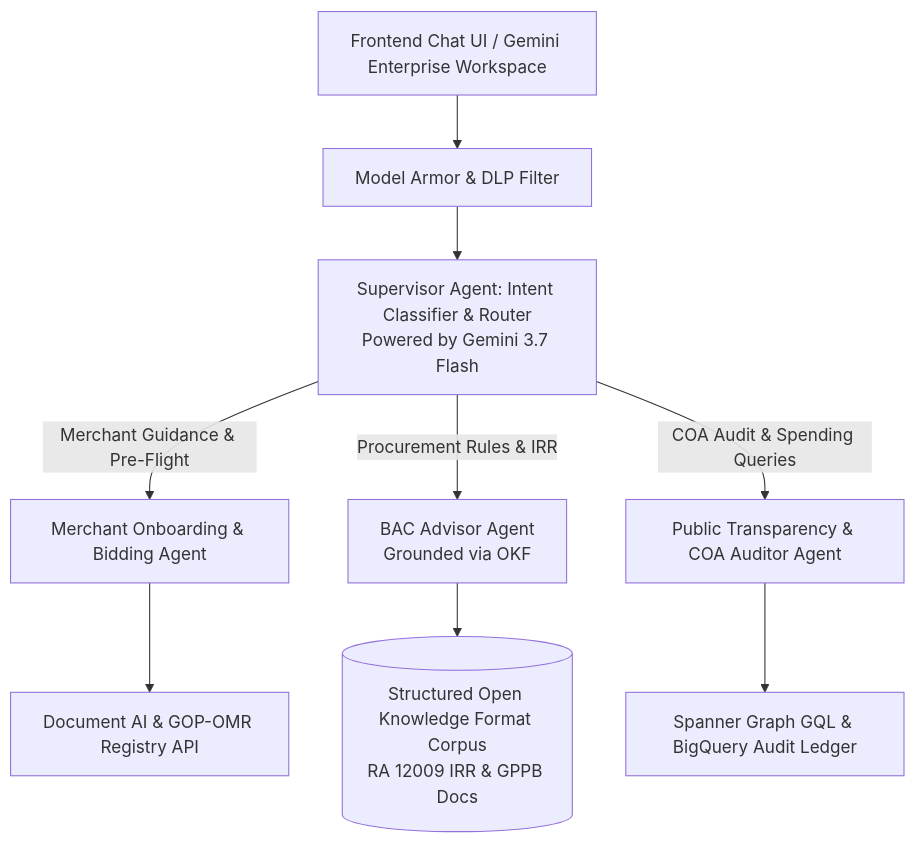
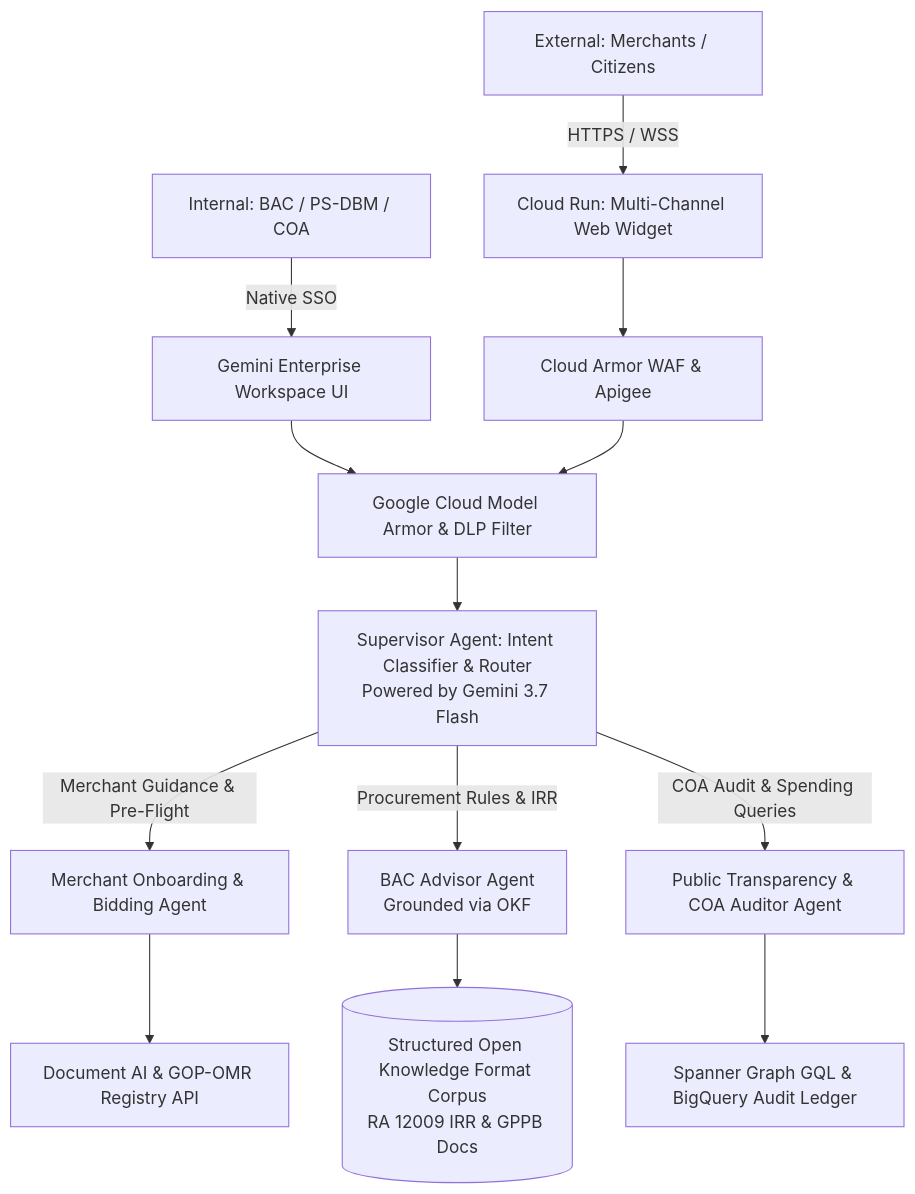
Before and after one commit to markea/psdbm-philgeps-2026: the second of 6 diagrams in mPhilGEPS_GoogleCloud_TDD.md, drawn with Mermaid. The commit also changed other lines of this file and 1 other file, not shown here.

Commit message:
Explicitly define dual-channel frontend deployment: Gemini Enterprise for internal stakeholders and Cloud Run for public portal

````diff
--- a/mPhilGEPS_GoogleCloud_TDD.md
+++ b/mPhilGEPS_GoogleCloud_TDD.md
@@ -111,13 +122,19 @@
 ```mermaid
 graph TD
-    UserChat[Frontend Chat UI / Gemini Enterprise Workspace] --> Armor[Model Armor & DLP Filter]
-    Armor --> Supervisor[Supervisor Agent: Intent Classifier & Router<br/>Powered by Gemini 3.7 Flash]
+    InternalUsers[Internal: BAC / PS-DBM / COA] -->|Native SSO| GE_UI[Gemini Enterprise Workspace UI]
+    ExternalUsers[External: Merchants / Citizens] -->|HTTPS / WSS| CloudRun_UI[Cloud Run: Multi-Channel Web Widget]
+    
+    GE_UI --> ModelArmor[Google Cloud Model Armor & DLP Filter]
+    CloudRun_UI --> CloudArmor[Cloud Armor WAF & Apigee]
+    CloudArmor --> ModelArmor
+    
+    ModelArmor --> Supervisor[Supervisor Agent: Intent Classifier & Router<br/>Powered by Gemini 3.7 Flash]
     
     Supervisor -->|Merchant Guidance & Pre-Flight| BiddingAgent[Merchant Onboarding & Bidding Agent]
     Supervisor -->|Procurement Rules & IRR| BACAgent[BAC Advisor Agent<br/>Grounded via OKF]
     Supervisor -->|COA Audit & Spending Queries| AuditorAgent[Public Transparency & COA Auditor Agent]
     
     BiddingAgent --> DocAI_API[Document AI & GOP-OMR Registry API]
     BACAgent --> OKF_Corpus[(Structured Open Knowledge Format Corpus<br/>RA 12009 IRR & GPPB Docs)]
     AuditorAgent --> SpannerGQL[Spanner Graph GQL & BigQuery Audit Ledger]
 ```
````
